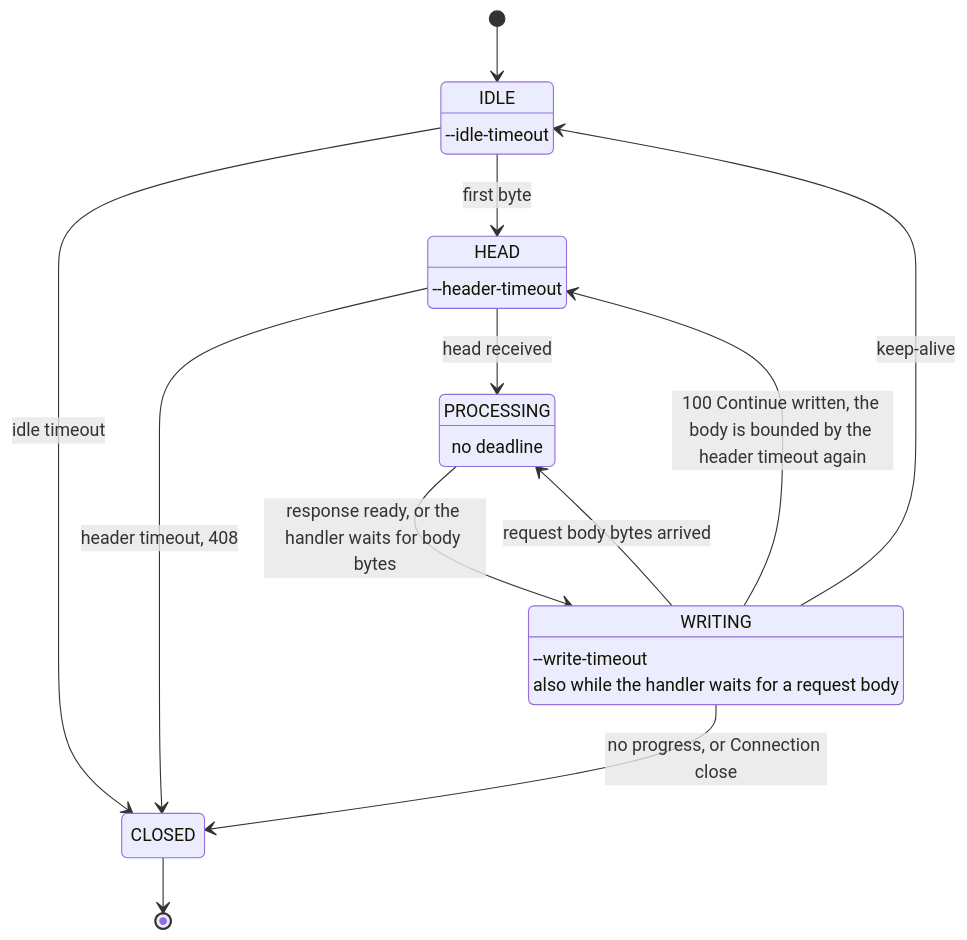
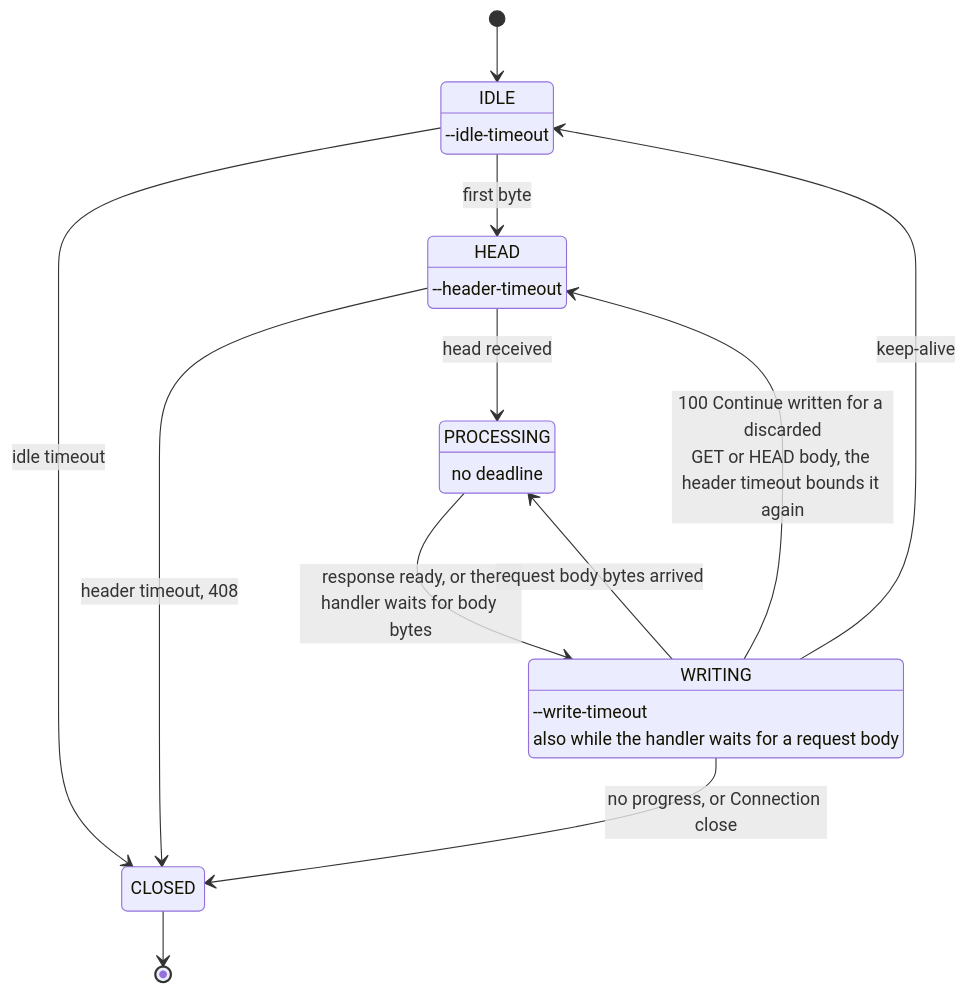
Before and after one commit to BlivionIaG/sjws_nettask: the first of 2 diagrams in docs/user/http1.md, drawn with Mermaid. The commit also changed other lines of this file and 19 other files, not shown here.

First line of the commit message:
docs: fix the diagrams the fact-check found imprecise

````diff
--- a/docs/user/http1.md
+++ b/docs/user/http1.md
@@ -23,23 +23,23 @@
 ```mermaid
 stateDiagram-v2
     [*] --> IDLE
     IDLE --> HEAD: first byte
     HEAD --> PROCESSING: head received
     PROCESSING --> WRITING: response ready, or the handler waits for body bytes
     WRITING --> PROCESSING: request body bytes arrived
-    WRITING --> HEAD: 100 Continue written, the body is bounded by the header timeout again
+    WRITING --> HEAD: 100 Continue written for a discarded<br/>GET or HEAD body, the header timeout bounds it again
     WRITING --> IDLE: keep-alive
     IDLE --> CLOSED: idle timeout
     HEAD --> CLOSED: header timeout, 408
     WRITING --> CLOSED: no progress, or Connection close
     CLOSED --> [*]
     IDLE : IDLE
     IDLE : --idle-timeout
     HEAD : HEAD
     HEAD : --header-timeout
     PROCESSING : PROCESSING
     PROCESSING : no deadline
     WRITING : WRITING
     WRITING : --write-timeout
     WRITING : also while the handler waits for a request body
 ```
````
